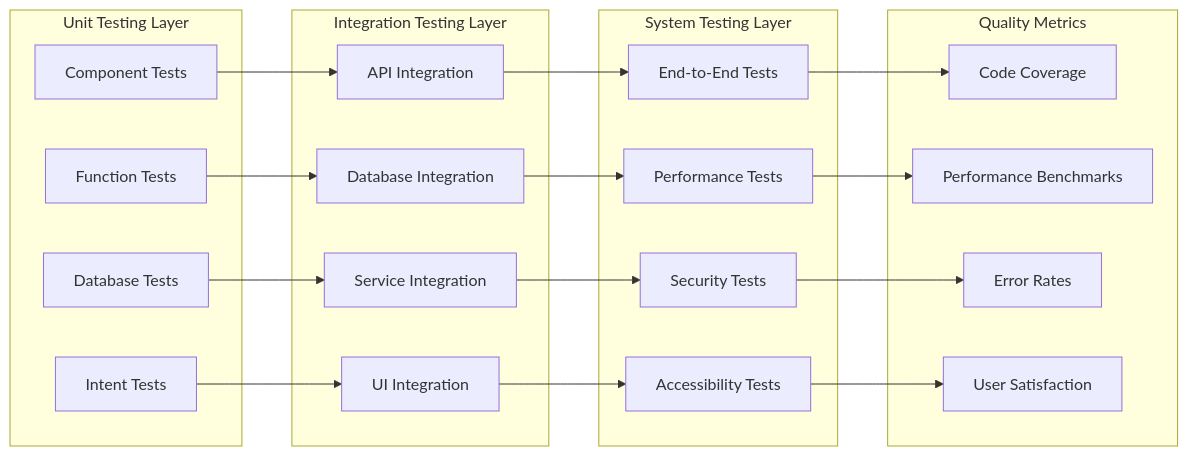
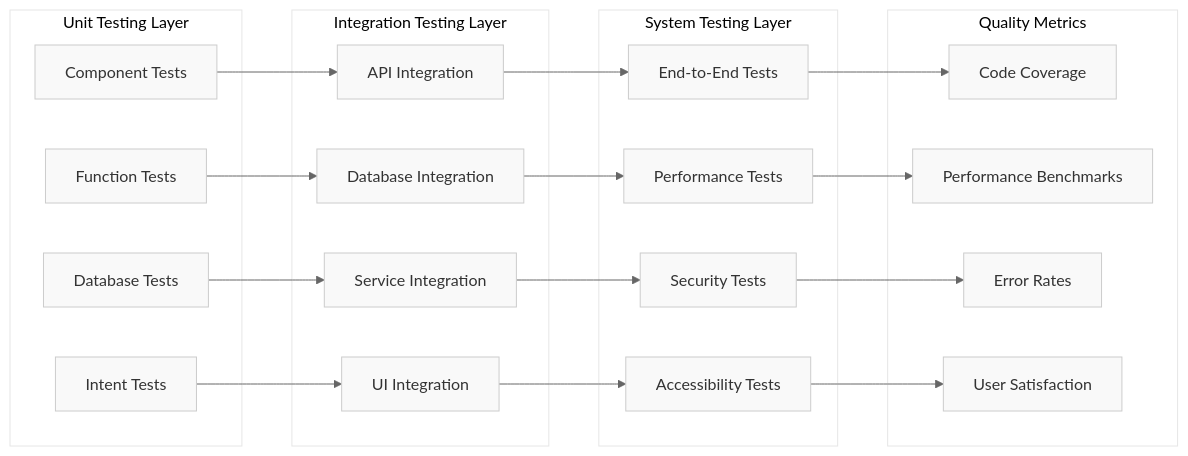
Before and after one commit to RensithUdara/Customer-Support-Chatbot: the eighth of 21 diagrams in submission.md, drawn with Mermaid. The commit also changed other lines of this file, not shown here.

Commit message:
chore: Update mermaid diagrams with consistent theme settings for improved readability

````diff
--- a/submission.md
+++ b/submission.md
@@ -645,43 +652,44 @@
 ```mermaid
+%%{init: {'theme':'base', 'themeVariables': { 'background': '#ffffff', 'primaryColor': '#f9f9f9', 'primaryTextColor': '#333333', 'primaryBorderColor': '#cccccc', 'lineColor': '#666666'}}}%%
 graph LR
     subgraph "Unit Testing Layer"
         A[Component Tests]
         B[Function Tests]
         C[Database Tests]
         D[Intent Tests]
     end
     
     subgraph "Integration Testing Layer"
         E[API Integration]
         F[Database Integration]
         G[Service Integration]
         H[UI Integration]
     end
     
     subgraph "System Testing Layer"
         I[End-to-End Tests]
         J[Performance Tests]
         K[Security Tests]
         L[Accessibility Tests]
     end
     
     subgraph "Quality Metrics"
         M[Code Coverage]
         N[Performance Benchmarks]
         O[Error Rates]
         P[User Satisfaction]
     end
     
     A --> E
     B --> F
     C --> G
     D --> H
     E --> I
     F --> J
     G --> K
     H --> L
     I --> M
     J --> N
     K --> O
     L --> P
 ```
````
